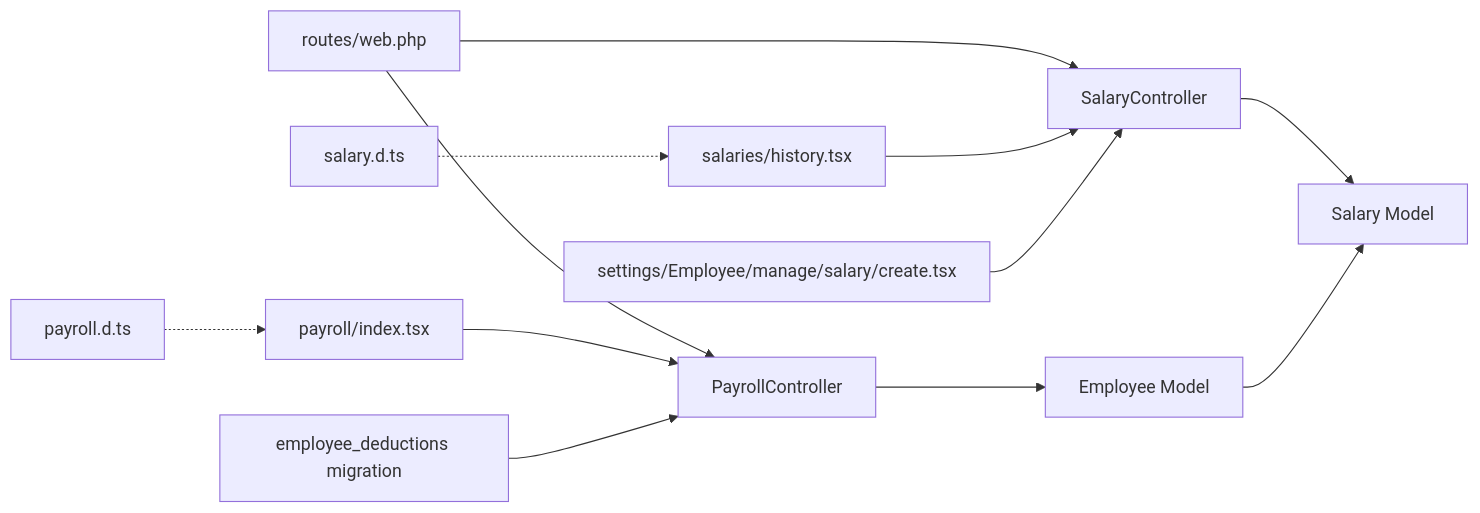
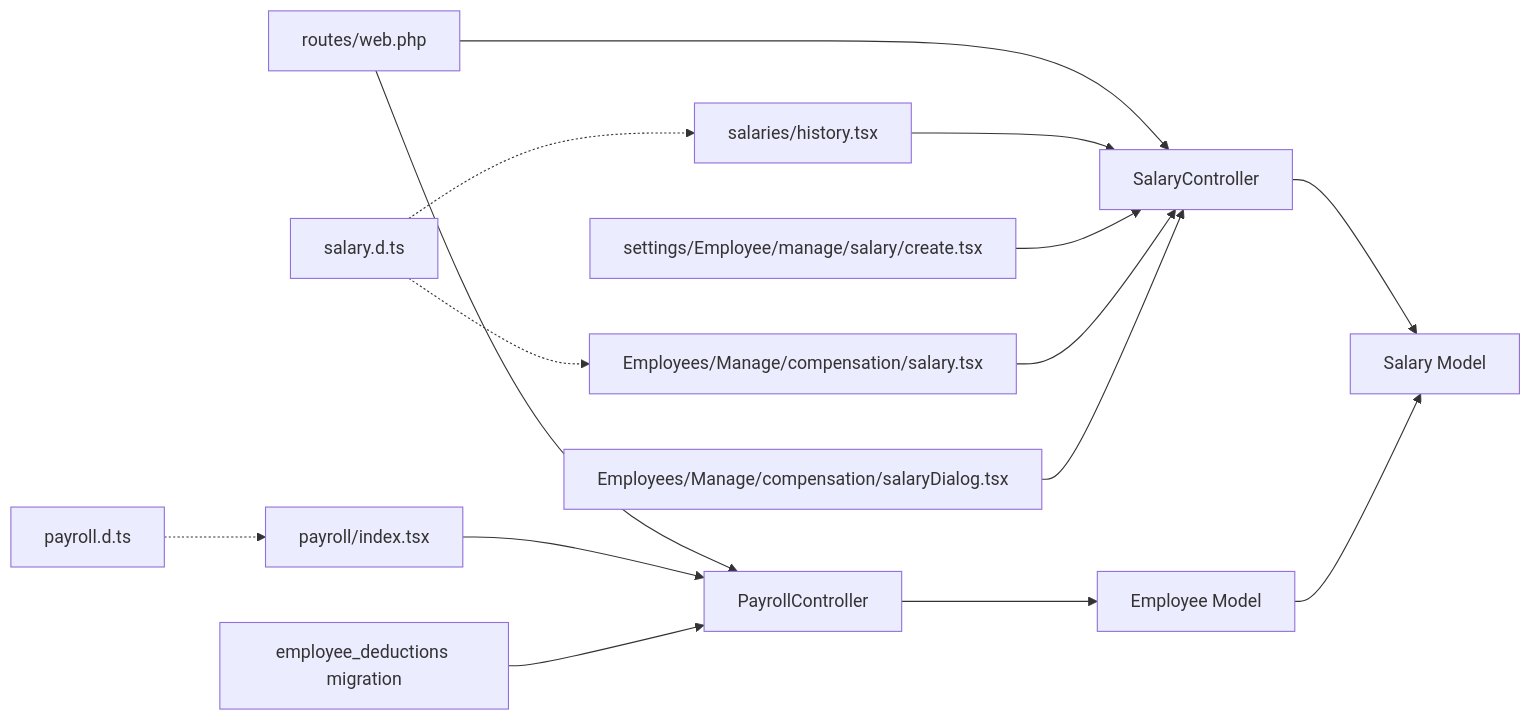
The eighth of 8 diagrams in .qoder/repowiki/en/content/Payroll System/Salary Management.md (vincet0t15/template), drawn with Mermaid before and after one commit. The commit also changed other lines of this file and 11 other files, not shown here.

````diff
--- a/.qoder/repowiki/en/content/Payroll System/Salary Management.md
+++ b/.qoder/repowiki/en/content/Payroll System/Salary Management.md
@@ -356,14 +395,17 @@
 ```mermaid
 graph LR
 R["routes/web.php"] --> SC["SalaryController"]
 R --> PC["PayrollController"]
 SC --> M_S["Salary Model"]
 PC --> M_E["Employee Model"]
 M_E --> M_S
 FE_H["salaries/history.tsx"] --> SC
 FE_C["settings/Employee/manage/salary/create.tsx"] --> SC
+FE_S["Employees/Manage/compensation/salary.tsx"] --> SC
+FE_SD["Employees/Manage/compensation/salaryDialog.tsx"] --> SC
 FE_P["payroll/index.tsx"] --> PC
 T_S["salary.d.ts"] -.-> FE_H
+T_S -.-> FE_S
 T_P["payroll.d.ts"] -.-> FE_P
 MIG["employee_deductions migration"] --> PC
 ```
````
